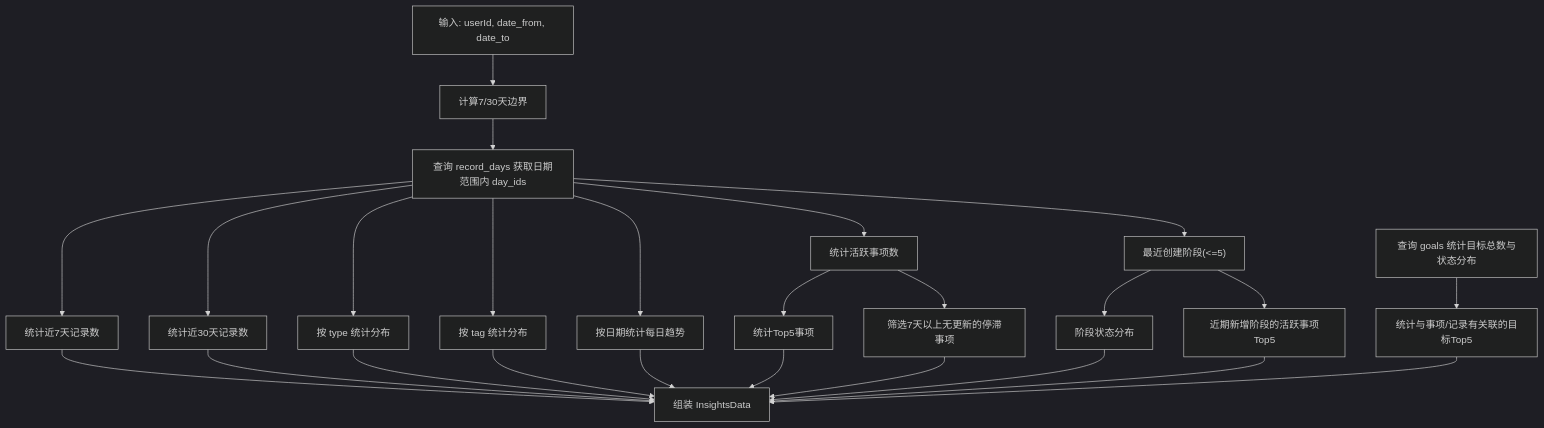
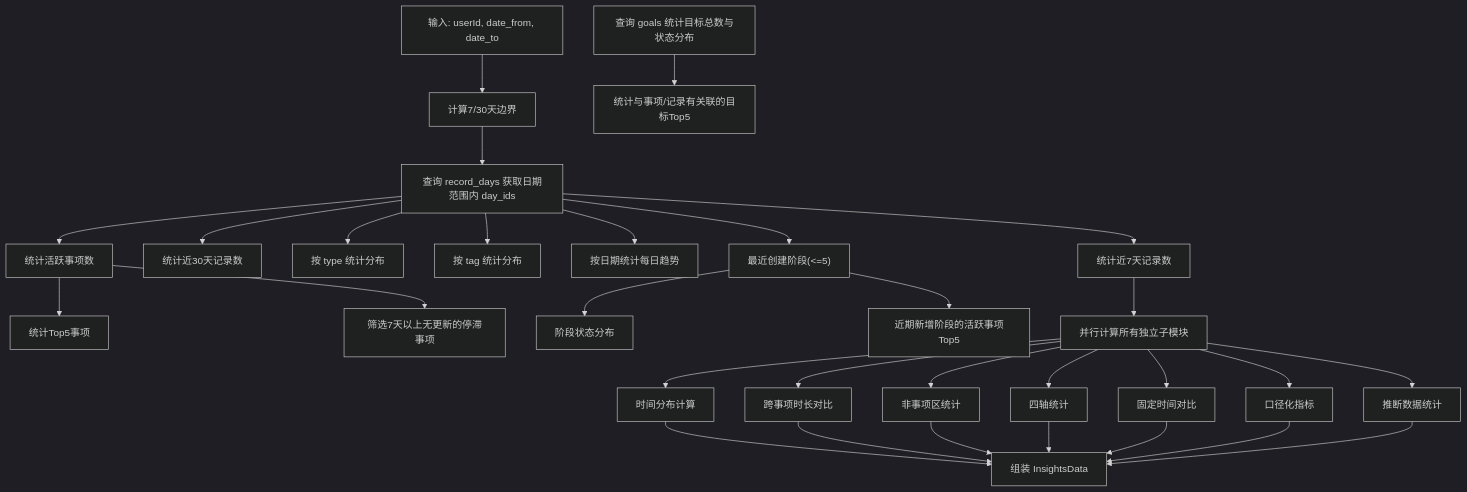
Before and after one commit to bbong1234/TETO: the fourth of 6 diagrams in .qoder/repowiki/zh/content/API接口文档/洞察API.md, drawn with Mermaid (dark theme). The commit also changed other lines of this file and 352 other files, not shown here.

````diff
--- a/.qoder/repowiki/zh/content/API接口文档/洞察API.md
+++ b/.qoder/repowiki/zh/content/API接口文档/洞察API.md
@@ -162,28 +157,33 @@
 ```mermaid
 flowchart TD
 Q["输入: userId, date_from, date_to"] --> R1["计算7/30天边界"]
 R1 --> D1["查询 record_days 获取日期范围内 day_ids"]
 D1 --> C7["统计近7天记录数"]
 D1 --> C30["统计近30天记录数"]
 D1 --> T1["按 type 统计分布"]
 D1 --> TG["按 tag 统计分布"]
 D1 --> DC["按日期统计每日趋势"]
 D1 --> I1["统计活跃事项数"]
 I1 --> I2["统计Top5事项"]
 I1 --> S1["筛选7天以上无更新的停滞事项"]
 D1 --> PH1["最近创建阶段(<=5)"]
 PH1 --> PH2["阶段状态分布"]
 PH1 --> PH3["近期新增阶段的活跃事项Top5"]
 G1["查询 goals 统计目标总数与状态分布"]
 G1 --> G2["统计与事项/记录有关联的目标Top5"]
-C7 --> OUT["组装 InsightsData"]
-C30 --> OUT
-T1 --> OUT
-TG --> OUT
-DC --> OUT
-I2 --> OUT
-S1 --> OUT
-PH2 --> OUT
-PH3 --> OUT
-G2 --> OUT
+C7 --> PARALLEL["并行计算所有独立子模块"]
+PARALLEL --> TIME_DIST["时间分布计算"]
+PARALLEL --> ITEM_RANK["跨事项时长对比"]
+PARALLEL --> UNASSIGNED["非事项区统计"]
+PARALLEL --> FOUR_AXES["四轴统计"]
+PARALLEL --> PERIOD_COMP["固定时间对比"]
+PARALLEL --> METRICS_ITEM["口径化指标"]
+PARALLEL --> INFERRRED["推断数据统计"]
+TIME_DIST --> OUT["组装 InsightsData"]
+ITEM_RANK --> OUT
+UNASSIGNED --> OUT
+FOUR_AXES --> OUT
+PERIOD_COMP --> OUT
+METRICS_ITEM --> OUT
+INFERRRED --> OUT
 ```
````
